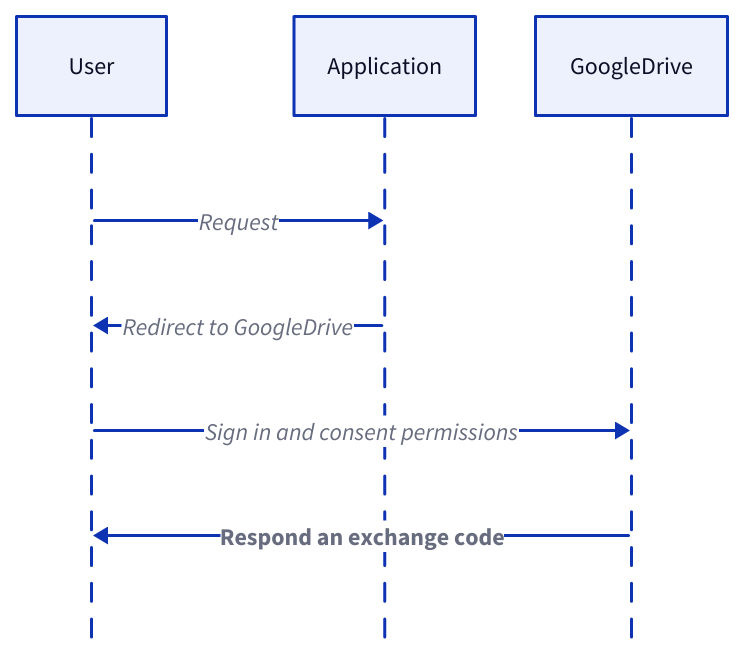
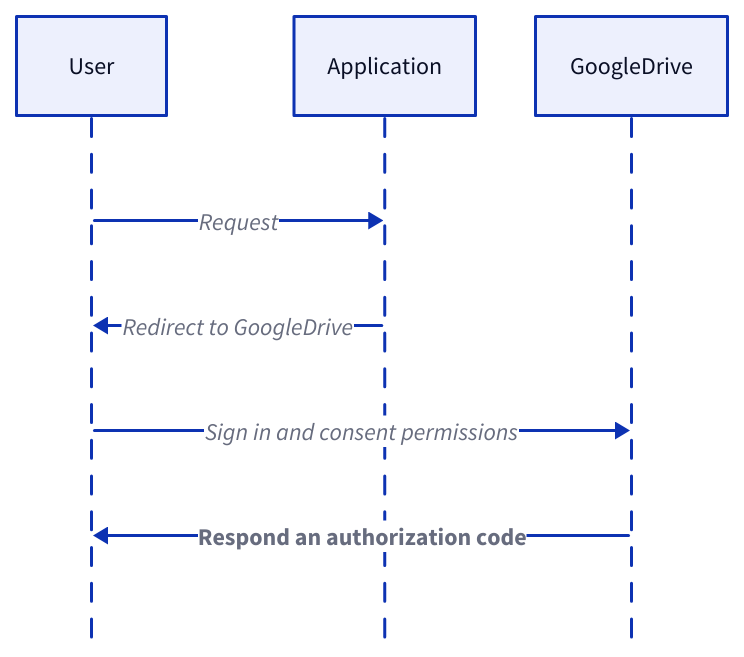
Diagram 22 of 25 in content/docs/system-administration/system-protection/iam.md (link1905/system-design-101), drawn with D2 before and after one commit. The commit also changed other lines of this file and 9 other files, not shown here.

````diff
--- a/content/docs/system-administration/system-protection/iam.md
+++ b/content/docs/system-administration/system-protection/iam.md
@@ -843,18 +830,18 @@
 ```d2
 shape: sequence_diagram
 u: User {
   class: client
 }
 s: Application {
   class: server
 }
 g: GoogleDrive {
   class: google
 }
 u -> s: Request
 s -> u: Redirect to GoogleDrive
 u -> g: Sign in and consent permissions
-g -> u: Respond an exchange code {
+g -> u: Respond an authorization code {
   style.bold: true
 }
 ```
````
